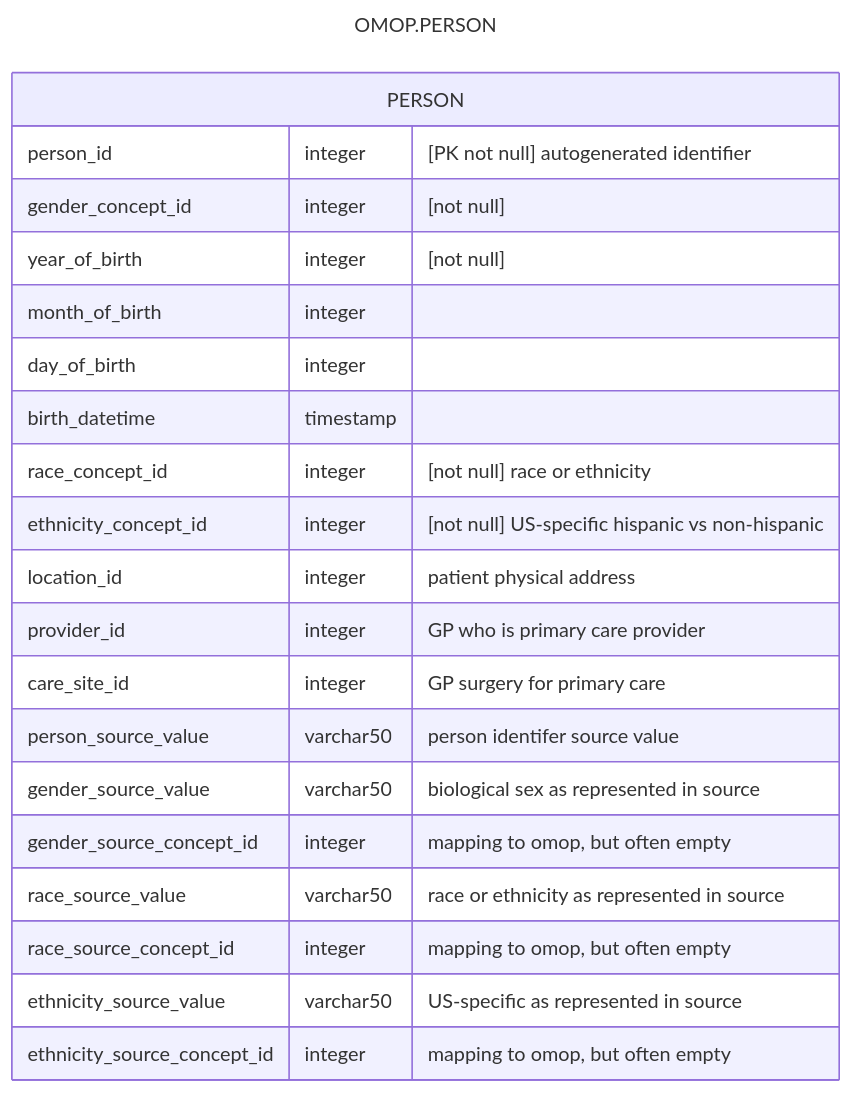
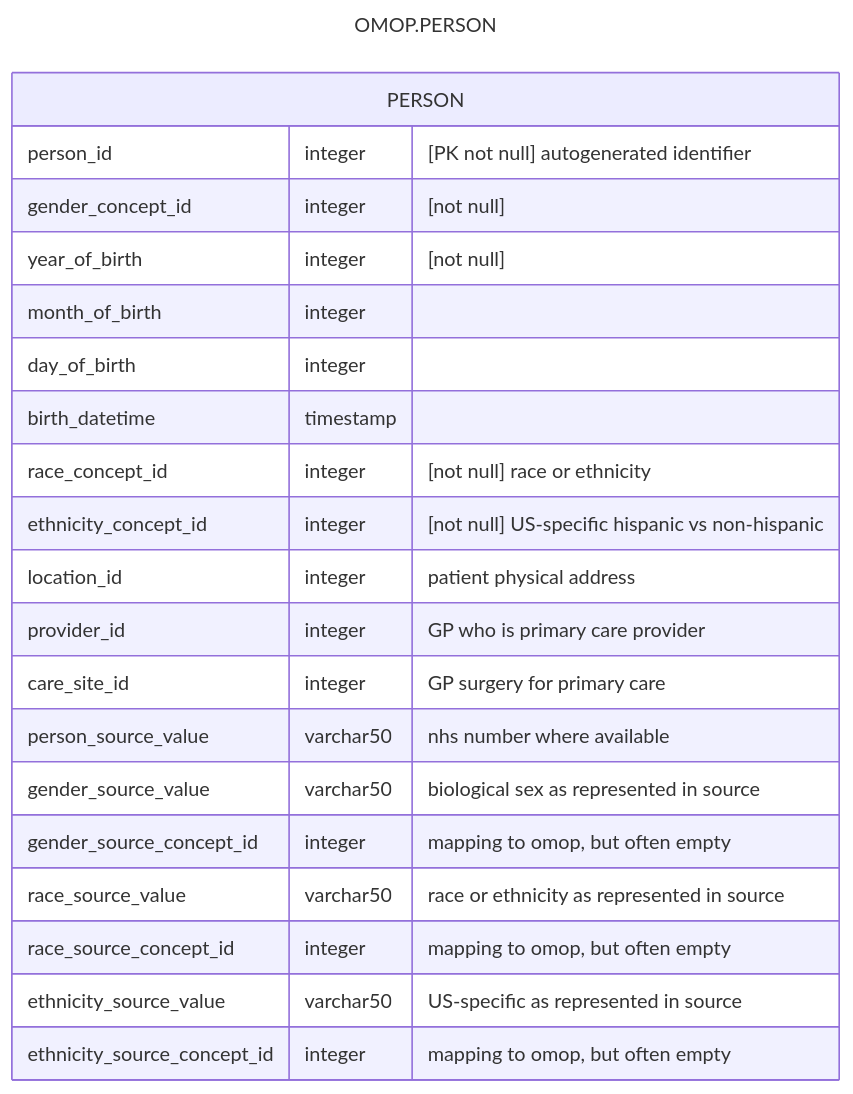
The first of 3 diagrams in src/pages/data_model/cdm_person.qmd (d3london/sde_aic_external_docs), drawn with Mermaid before and after one commit. The commit also changed other lines of this file and 5 other files, not shown here.

Commit message:
updated intro text and diagram

````diff
--- a/src/pages/data_model/cdm_person.qmd
+++ b/src/pages/data_model/cdm_person.qmd
@@ -6,26 +6,26 @@
 ```{mermaid}
 ---
 title: OMOP.PERSON
 ---
 erDiagram
     PERSON {
         person_id integer "[PK not null] autogenerated identifier"
         gender_concept_id integer "[not null]"
         year_of_birth integer "[not null]"
         month_of_birth integer
         day_of_birth integer
         birth_datetime timestamp
         race_concept_id integer "[not null] race or ethnicity"
         ethnicity_concept_id integer "[not null] US-specific hispanic vs non-hispanic"
         location_id integer "patient physical address"
         provider_id integer "GP who is primary care provider"
         care_site_id integer "GP surgery for primary care"
-        person_source_value varchar50 "person identifer source value"
+        person_source_value varchar50 "nhs number where available"
         gender_source_value varchar50 "biological sex as represented in source"
         gender_source_concept_id integer "mapping to omop, but often empty"
         race_source_value varchar50 "race or ethnicity as represented in source"
         race_source_concept_id integer "mapping to omop, but often empty"
         ethnicity_source_value varchar50 "US-specific as represented in source"
         ethnicity_source_concept_id integer "mapping to omop, but often empty"
     }
 ```
````
